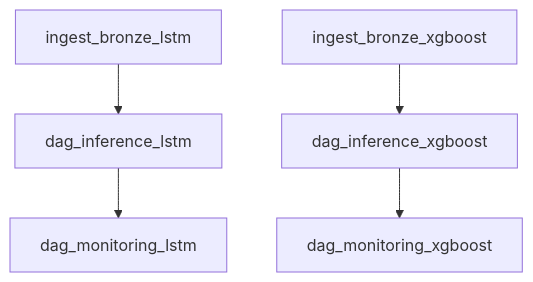
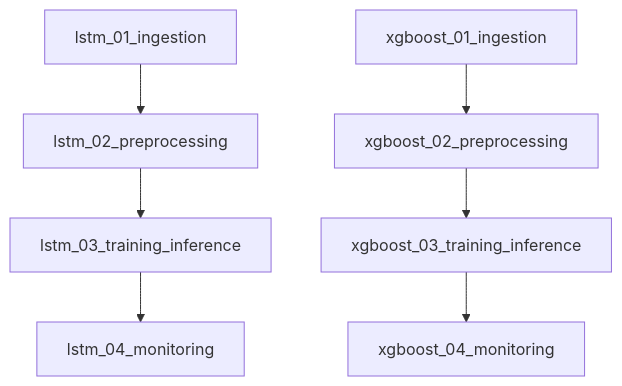
One commit to simkimsia/mle-202508-team-awesome-tango changed the diagram in README.md. Above: the diagram before and after it, drawn with Mermaid. The commit also changed other lines of this file, not shown here.

Commit message:
docs: update dag overview

````diff
--- a/README.md
+++ b/README.md
@@ -432,7 +443,10 @@
 ```mermaid
 graph TD
-    A[ingest_bronze_lstm] --> C[dag_inference_lstm]
-    B[ingest_bronze_xgboost] --> D[dag_inference_xgboost]
-    C --> E[dag_monitoring_lstm]
-    D --> F[dag_monitoring_xgboost]
+    A[lstm_01_ingestion] --> B[lstm_02_preprocessing]
+    B --> C[lstm_03_training_inference]
+    C --> D[lstm_04_monitoring]
+
+    E[xgboost_01_ingestion] --> F[xgboost_02_preprocessing]
+    F --> G[xgboost_03_training_inference]
+    G --> H[xgboost_04_monitoring]
 ```
````
